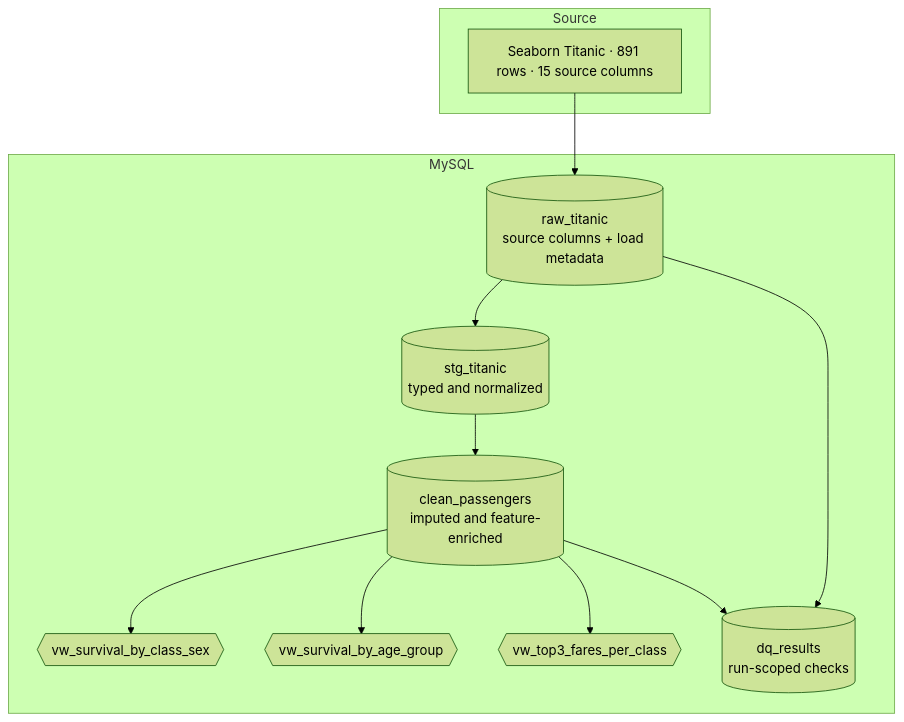
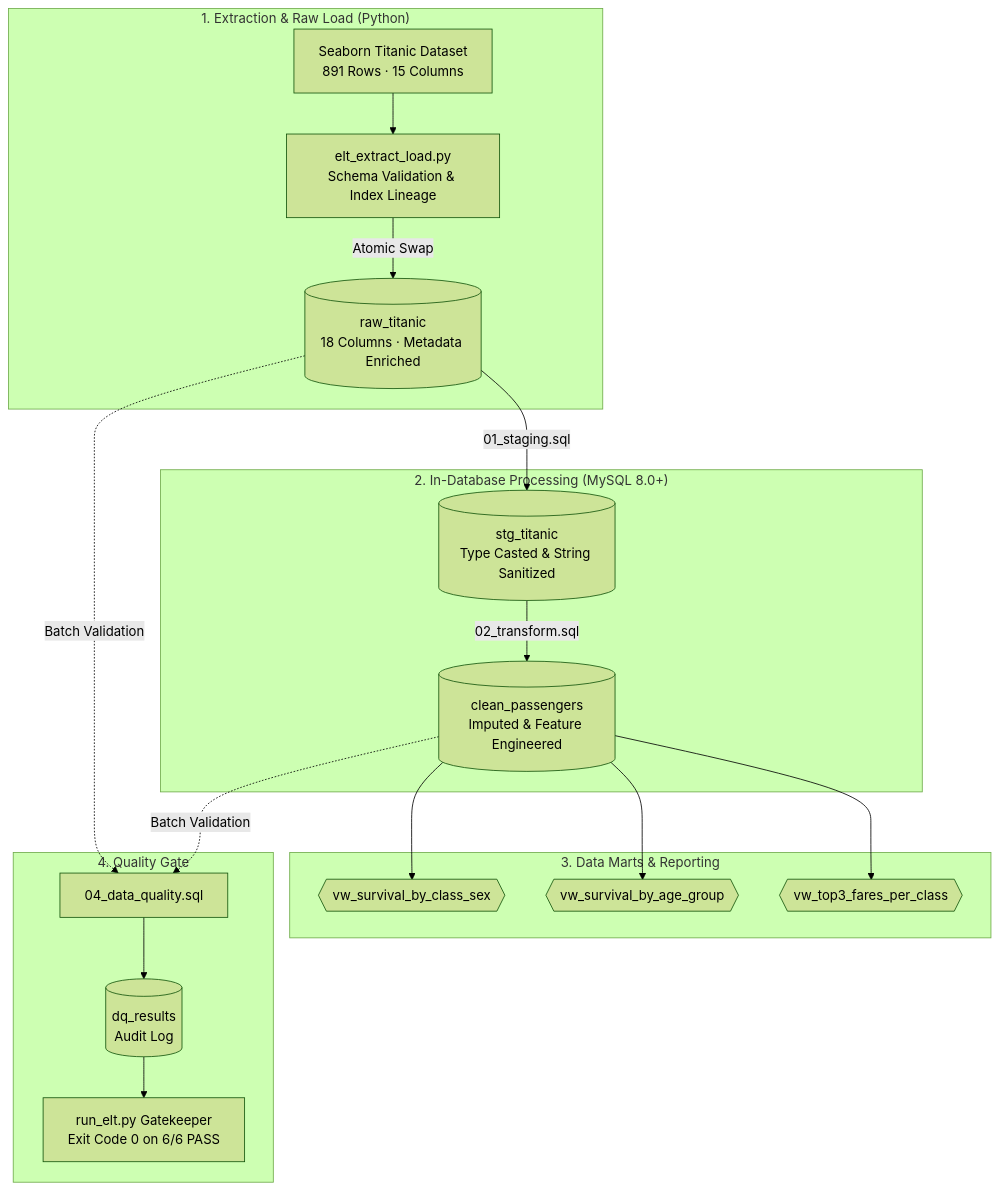
The diagram in README.md (Vasanthkeerthan/Titanic-ELT-Pipeline), drawn with Mermaid (forest theme) before and after one commit. The commit also changed other lines of this file, not shown here.

Commit message:
Improve Titanic ELT project README

````diff
--- a/README.md
+++ b/README.md
@@ -37,22 +69,25 @@
 ```mermaid
 flowchart TB
-    subgraph Source
-      S[Seaborn Titanic · 891 rows · 15 source columns]
+    subgraph Ingestion["1. Extraction & Raw Load (Python)"]
+        S[Seaborn Titanic Dataset<br/>891 Rows · 15 Columns] --> P[elt_extract_load.py<br/>Schema Validation & Index Lineage]
+        P -->|Atomic Swap| RAW[(raw_titanic<br/>18 Columns · Metadata Enriched)]
     end
-    subgraph MySQL
-      R[(raw_titanic<br/>source columns + load metadata)]
-      T[(stg_titanic<br/>typed and normalized)]
-      C[(clean_passengers<br/>imputed and feature-enriched)]
-      V1{{vw_survival_by_class_sex}}
-      V2{{vw_survival_by_age_group}}
-      V3{{vw_top3_fares_per_class}}
-      Q[(dq_results<br/>run-scoped checks)]
-      R --> T --> C
-      C --> V1
-      C --> V2
-      C --> V3
-      R --> Q
-      C --> Q
+
+    subgraph Transformation["2. In-Database Processing (MySQL 8.0+)"]
+        RAW -->|01_staging.sql| STG[(stg_titanic<br/>Type Casted & String Sanitized)]
+        STG -->|02_transform.sql| CLN[(clean_passengers<br/>Imputed & Feature Engineered)]
     end
-    S --> R
+
+    subgraph Analytics["3. Data Marts & Reporting"]
+        CLN --> V1{{vw_survival_by_class_sex}}
+        CLN --> V2{{vw_survival_by_age_group}}
+        CLN --> V3{{vw_top3_fares_per_class}}
+    end
+
+    subgraph Quality["4. Quality Gate"]
+        RAW -.->|Batch Validation| DQ[04_data_quality.sql]
+        CLN -.->|Batch Validation| DQ
+        DQ --> DQT[(dq_results<br/>Audit Log)]
+        DQT --> RUNNER[run_elt.py Gatekeeper<br/>Exit Code 0 on 6/6 PASS]
+    end
 ```
````
